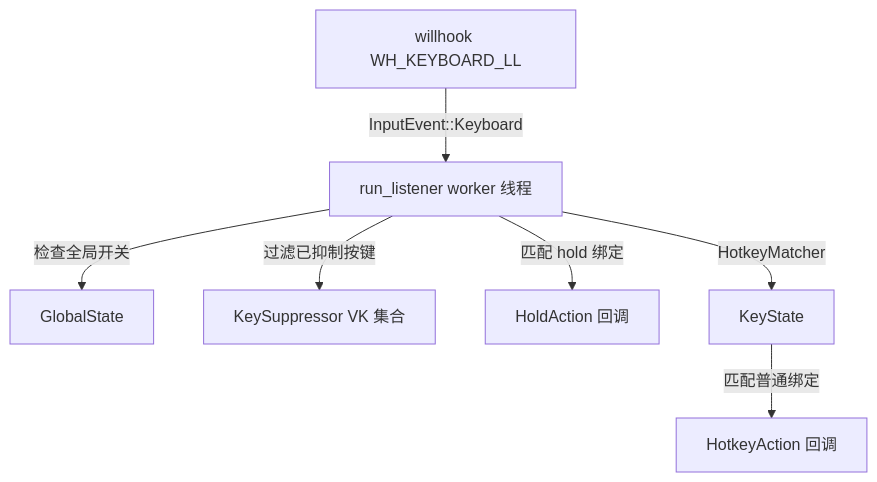
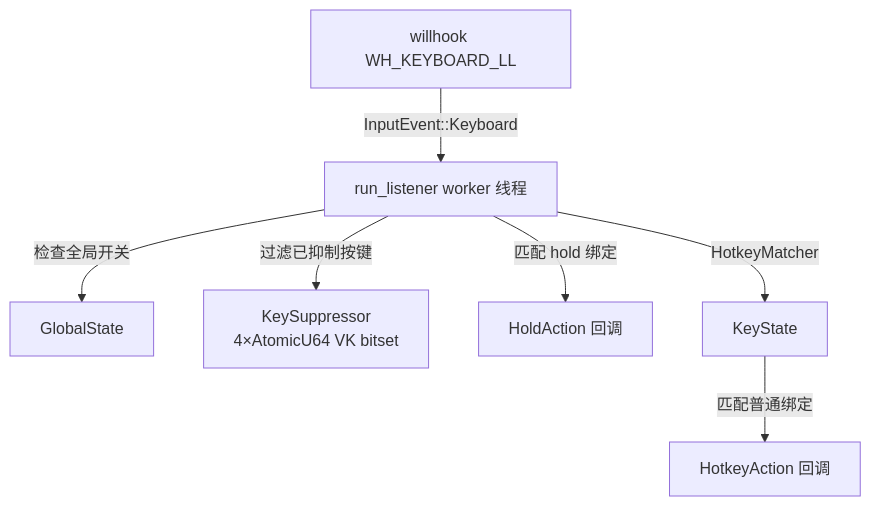
Before and after one commit to IZRINO/delta-auto-tools: the diagram in droid-wiki/systems/hotkeys.md, drawn with Mermaid. The commit also changed other lines of this file and 3 other files, not shown here.

````diff
--- a/droid-wiki/systems/hotkeys.md
+++ b/droid-wiki/systems/hotkeys.md
@@ -29,9 +29,9 @@
 ```mermaid
 graph TD
     Hook["willhook WH_KEYBOARD_LL"] -->|InputEvent::Keyboard| Listener["run_listener worker 线程"]
     Listener -->|检查全局开关| Global["GlobalState"]
-    Listener -->|过滤已抑制按键| Suppress["KeySuppressor VK 集合"]
+    Listener -->|过滤已抑制按键| Suppress["KeySuppressor<br/>4×AtomicU64 VK bitset"]
     Listener -->|匹配 hold 绑定| HoldApps["HoldAction 回调"]
     Listener -->|HotkeyMatcher| Match["KeyState"]
     Match -->|匹配普通绑定| NormalApps["HotkeyAction 回调"]
 ```
````
